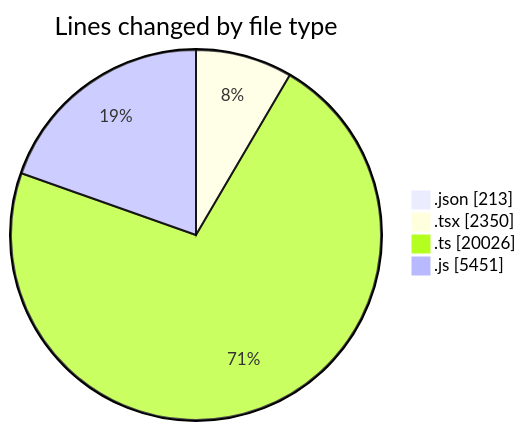
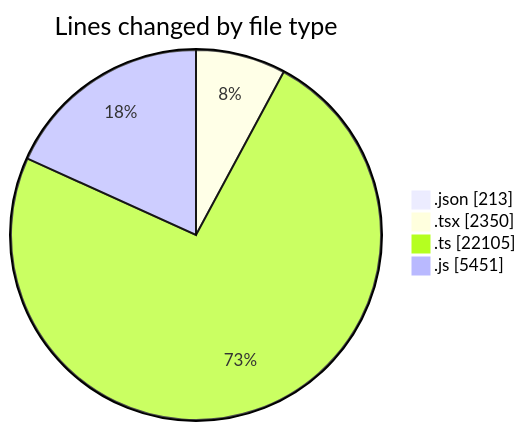
Before and after one commit to momahboobian/code-tracking: the first of 2 diagrams in 2025-07-28/cda/README.md, drawn with Mermaid. The commit also changed other lines of this file and 1 other file, not shown here.

````diff
--- a/2025-07-28/cda/README.md
+++ b/2025-07-28/cda/README.md
@@ -34,8 +35,8 @@
 ```mermaid
 pie showData
 title Lines changed by file type
 ".json" : 213
 ".tsx" : 2350
-".ts" : 20026
+".ts" : 22105
 ".js" : 5451
 ```
````
